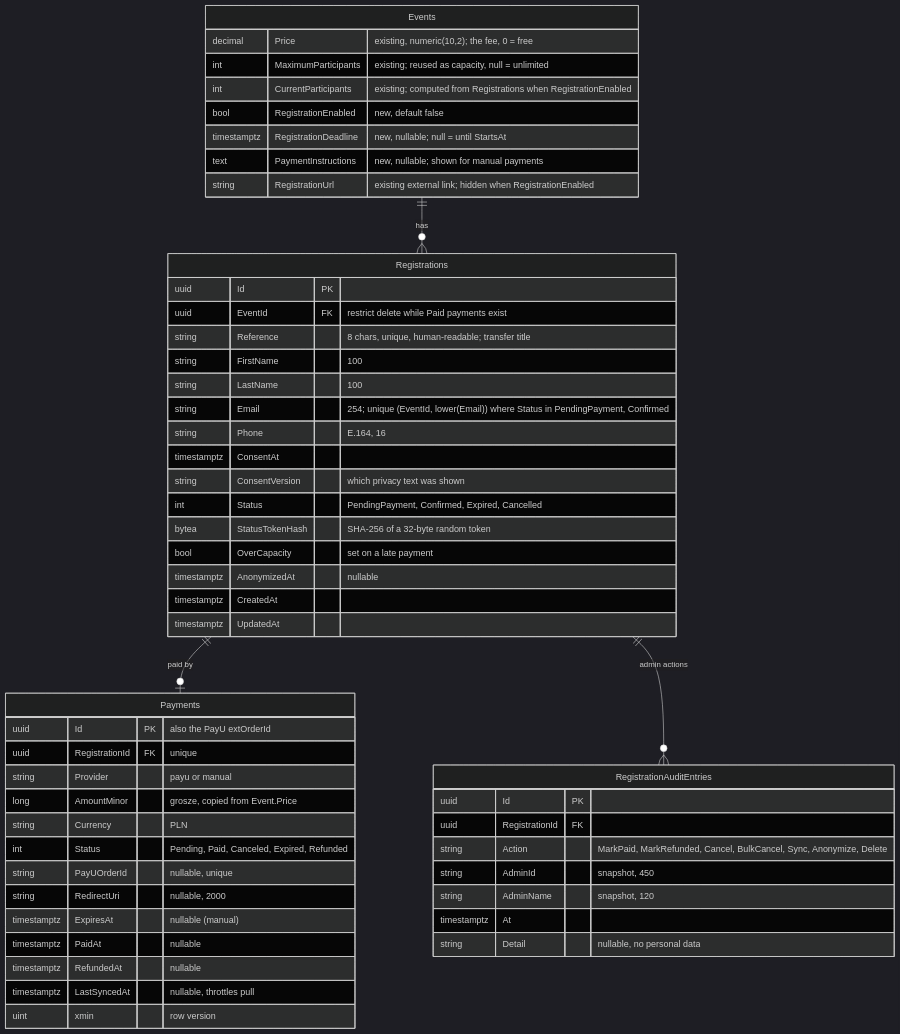
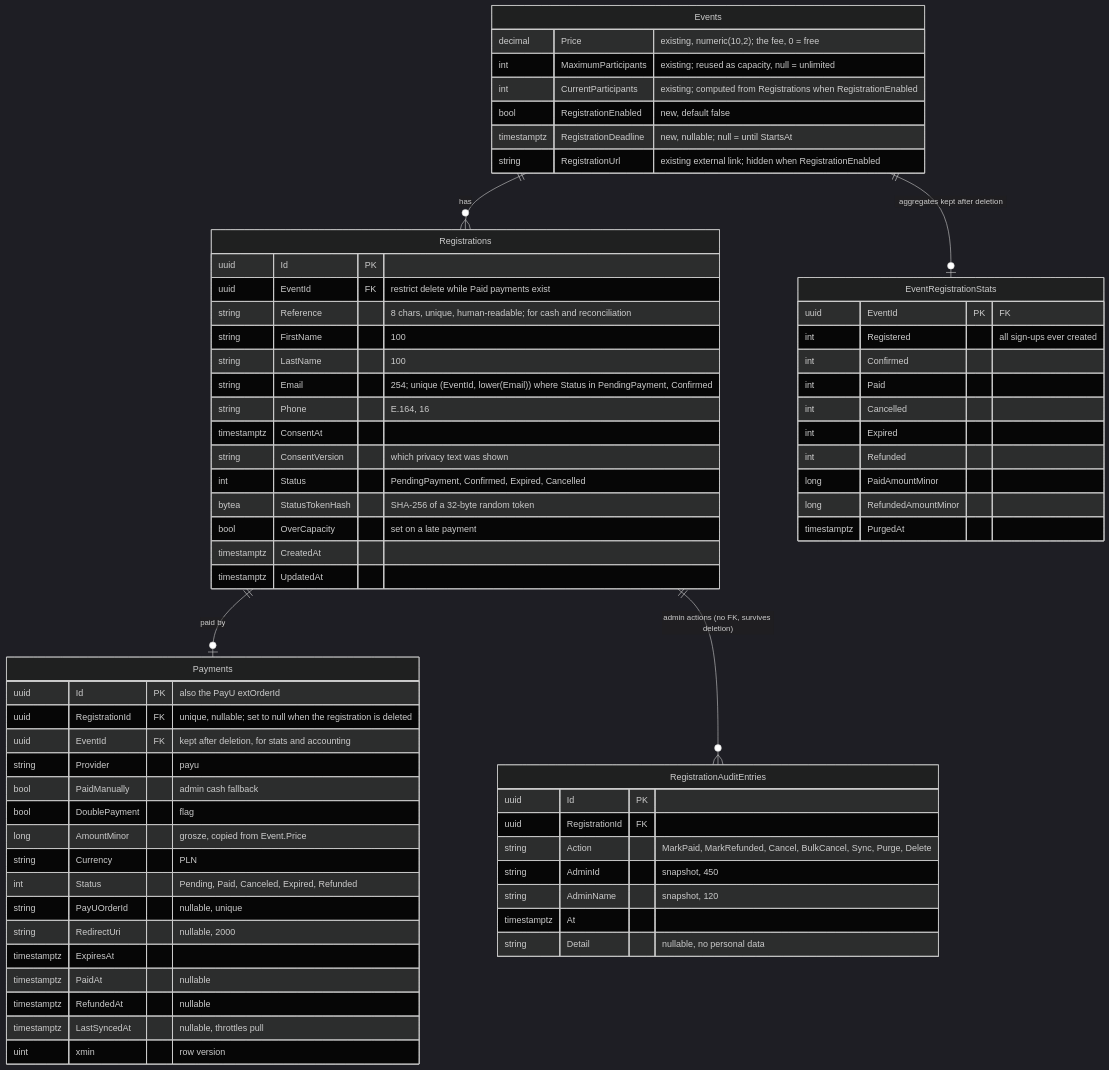
The third of 4 diagrams in docs/adr/005-event-registration-and-payu-payments.md (ESN-App/ESN-App), drawn with Mermaid (dark theme) before and after one commit. The commit also changed other lines of this file, not shown here.

````diff
--- a/docs/adr/005-event-registration-and-payu-payments.md
+++ b/docs/adr/005-event-registration-and-payu-payments.md
@@ -245,57 +246,71 @@
 ```mermaid
 erDiagram
     Events ||--o{ Registrations : "has"
     Registrations ||--o| Payments : "paid by"
-    Registrations ||--o{ RegistrationAuditEntries : "admin actions"
+    Registrations ||--o{ RegistrationAuditEntries : "admin actions (no FK, survives deletion)"
+    Events ||--o| EventRegistrationStats : "aggregates kept after deletion"
 
     Events {
         decimal Price "existing, numeric(10,2); the fee, 0 = free"
         int MaximumParticipants "existing; reused as capacity, null = unlimited"
         int CurrentParticipants "existing; computed from Registrations when RegistrationEnabled"
         bool RegistrationEnabled "new, default false"
         timestamptz RegistrationDeadline "new, nullable; null = until StartsAt"
-        text PaymentInstructions "new, nullable; shown for manual payments"
         string RegistrationUrl "existing external link; hidden when RegistrationEnabled"
     }
     Registrations {
         uuid Id PK
         uuid EventId FK "restrict delete while Paid payments exist"
-        string Reference "8 chars, unique, human-readable; transfer title"
+        string Reference "8 chars, unique, human-readable; for cash and reconciliation"
         string FirstName "100"
         string LastName "100"
         string Email "254; unique (EventId, lower(Email)) where Status in PendingPayment, Confirmed"
         string Phone "E.164, 16"
         timestamptz ConsentAt
         string ConsentVersion "which privacy text was shown"
         int Status "PendingPayment, Confirmed, Expired, Cancelled"
         bytea StatusTokenHash "SHA-256 of a 32-byte random token"
         bool OverCapacity "set on a late payment"
-        timestamptz AnonymizedAt "nullable"
         timestamptz CreatedAt
         timestamptz UpdatedAt
     }
     Payments {
         uuid Id PK "also the PayU extOrderId"
-        uuid RegistrationId FK "unique"
-        string Provider "payu or manual"
+        uuid RegistrationId FK "unique, nullable; set to null when the registration is deleted"
+        uuid EventId FK "kept after deletion, for stats and accounting"
+        string Provider "payu"
+        bool PaidManually "admin cash fallback"
+        bool DoublePayment "flag"
         long AmountMinor "grosze, copied from Event.Price"
         string Currency "PLN"
         int Status "Pending, Paid, Canceled, Expired, Refunded"
         string PayUOrderId "nullable, unique"
         string RedirectUri "nullable, 2000"
-        timestamptz ExpiresAt "nullable (manual)"
+        timestamptz ExpiresAt
         timestamptz PaidAt "nullable"
         timestamptz RefundedAt "nullable"
         timestamptz LastSyncedAt "nullable, throttles pull"
         uint xmin "row version"
     }
     RegistrationAuditEntries {
         uuid Id PK
         uuid RegistrationId FK
-        string Action "MarkPaid, MarkRefunded, Cancel, BulkCancel, Sync, Anonymize, Delete"
+        string Action "MarkPaid, MarkRefunded, Cancel, BulkCancel, Sync, Purge, Delete"
         string AdminId "snapshot, 450"
         string AdminName "snapshot, 120"
         timestamptz At
         string Detail "nullable, no personal data"
     }
+    EventRegistrationStats {
+        uuid EventId PK "FK"
+        int Registered "all sign-ups ever created"
+        int Confirmed
+        int Paid
+        int Cancelled
+        int Expired
+        int Refunded
+        long PaidAmountMinor
+        long RefundedAmountMinor
+        timestamptz PurgedAt
+    }
 ```
````
